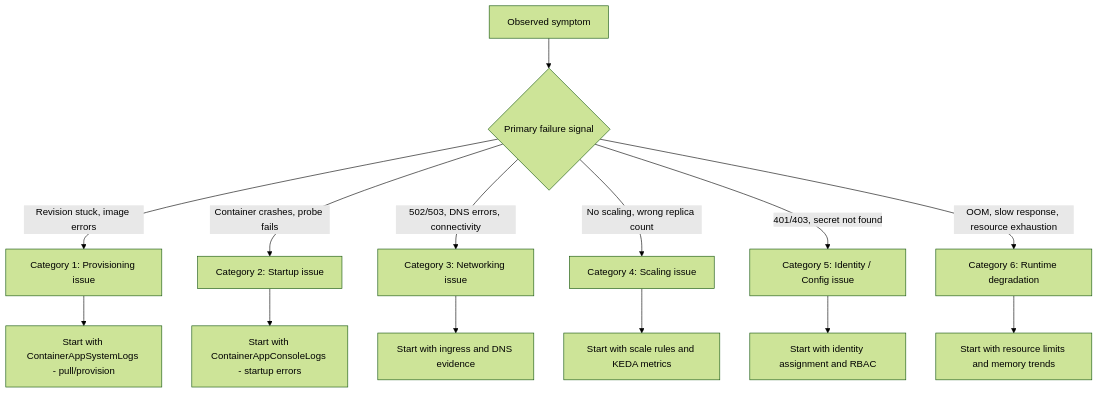
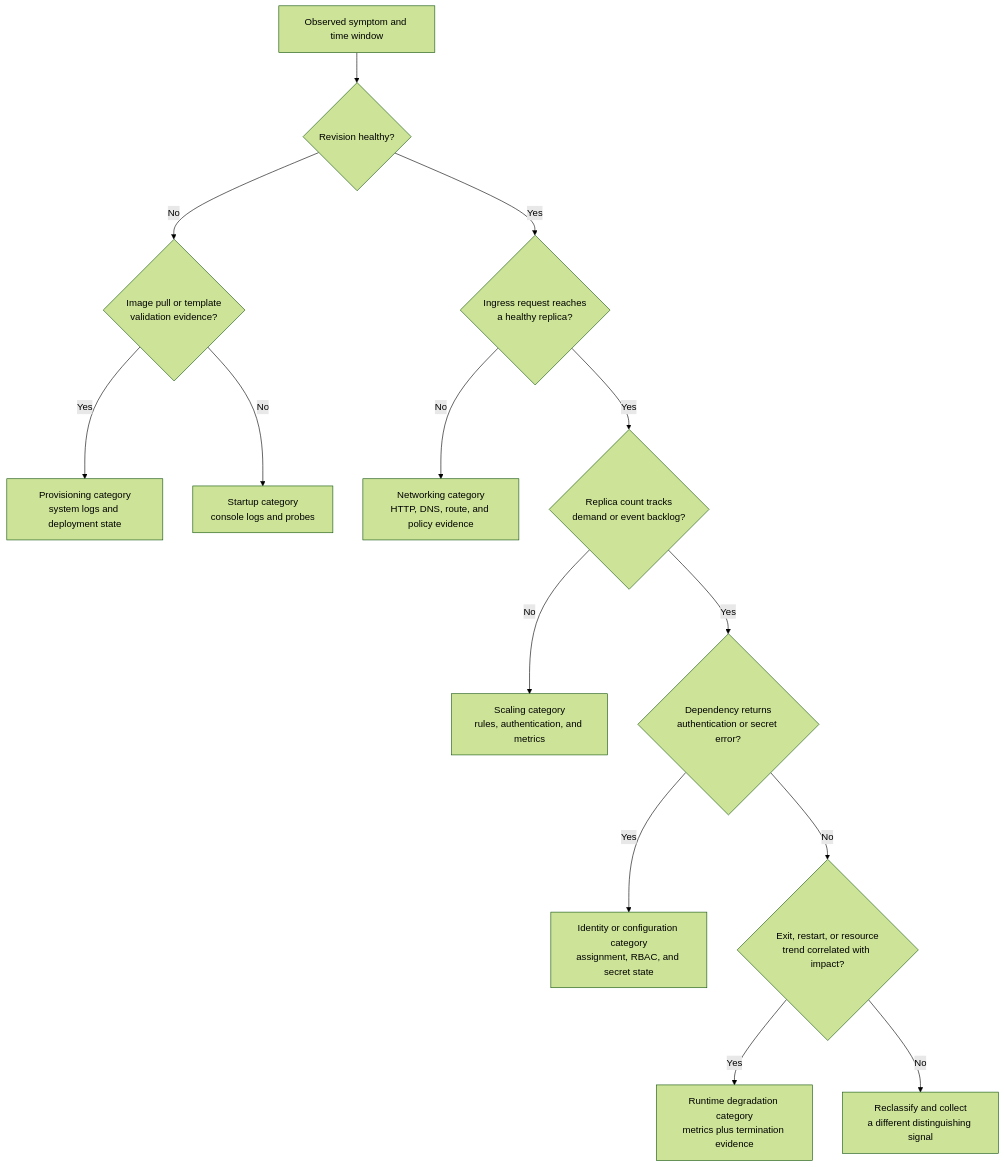
The diagram in docs/troubleshooting/mental-model.md (yeongseon/azure-container-apps-practical-guide), drawn with Mermaid (forest theme) before and after one commit. The commit also changed other lines of this file and 13 other files, not shown here.

Commit message:
docs(diagrams): migrate the Container Apps troubleshooting overview diagrams (#616)

````diff
--- a/docs/troubleshooting/mental-model.md
+++ b/docs/troubleshooting/mental-model.md
@@ -51,17 +52,31 @@
 ```mermaid
 flowchart TD
-    A[Observed symptom] --> B{Primary failure signal}
-    B -->|Revision stuck, image errors| C[Category 1: Provisioning issue]
-    B -->|Container crashes, probe fails| D[Category 2: Startup issue]
-    B -->|502/503, DNS errors, connectivity| E[Category 3: Networking issue]
-    B -->|No scaling, wrong replica count| F[Category 4: Scaling issue]
-    B -->|401/403, secret not found| G[Category 5: Identity / Config issue]
-    B -->|OOM, slow response, resource exhaustion| H[Category 6: Runtime degradation]
+    SYMPTOM[Observed symptom and time window]
+    REVISION{Revision healthy?}
+    PULL{Image pull or template<br/>validation evidence?}
+    PROVISION[Provisioning category<br/>system logs and deployment state]
+    STARTUP[Startup category<br/>console logs and probes]
+    HTTP{Ingress request reaches<br/>a healthy replica?}
+    NETWORK[Networking category<br/>HTTP, DNS, route, and policy evidence]
+    SCALE{Replica count tracks<br/>demand or event backlog?}
+    SCALING[Scaling category<br/>rules, authentication, and metrics]
+    AUTH{Dependency returns<br/>authentication or secret error?}
+    IDENTITY[Identity or configuration category<br/>assignment, RBAC, and secret state]
+    RESOURCE{Exit, restart, or resource<br/>trend correlated with impact?}
+    RUNTIME[Runtime degradation category<br/>metrics plus termination evidence]
+    RECLASSIFY[Reclassify and collect<br/>a different distinguishing signal]
 
-    C --> C1[Start with ContainerAppSystemLogs - pull/provision]
-    D --> D1[Start with ContainerAppConsoleLogs - startup errors]
-    E --> E1[Start with ingress and DNS evidence]
-    F --> F1[Start with scale rules and KEDA metrics]
-    G --> G1[Start with identity assignment and RBAC]
-    H --> H1[Start with resource limits and memory trends]
+    SYMPTOM --> REVISION
+    REVISION -->|No| PULL
+    PULL -->|Yes| PROVISION
+    PULL -->|No| STARTUP
+    REVISION -->|Yes| HTTP
+    HTTP -->|No| NETWORK
+    HTTP -->|Yes| SCALE
+    SCALE -->|No| SCALING
+    SCALE -->|Yes| AUTH
+    AUTH -->|Yes| IDENTITY
+    AUTH -->|No| RESOURCE
+    RESOURCE -->|Yes| RUNTIME
+    RESOURCE -->|No| RECLASSIFY
 ```
````
